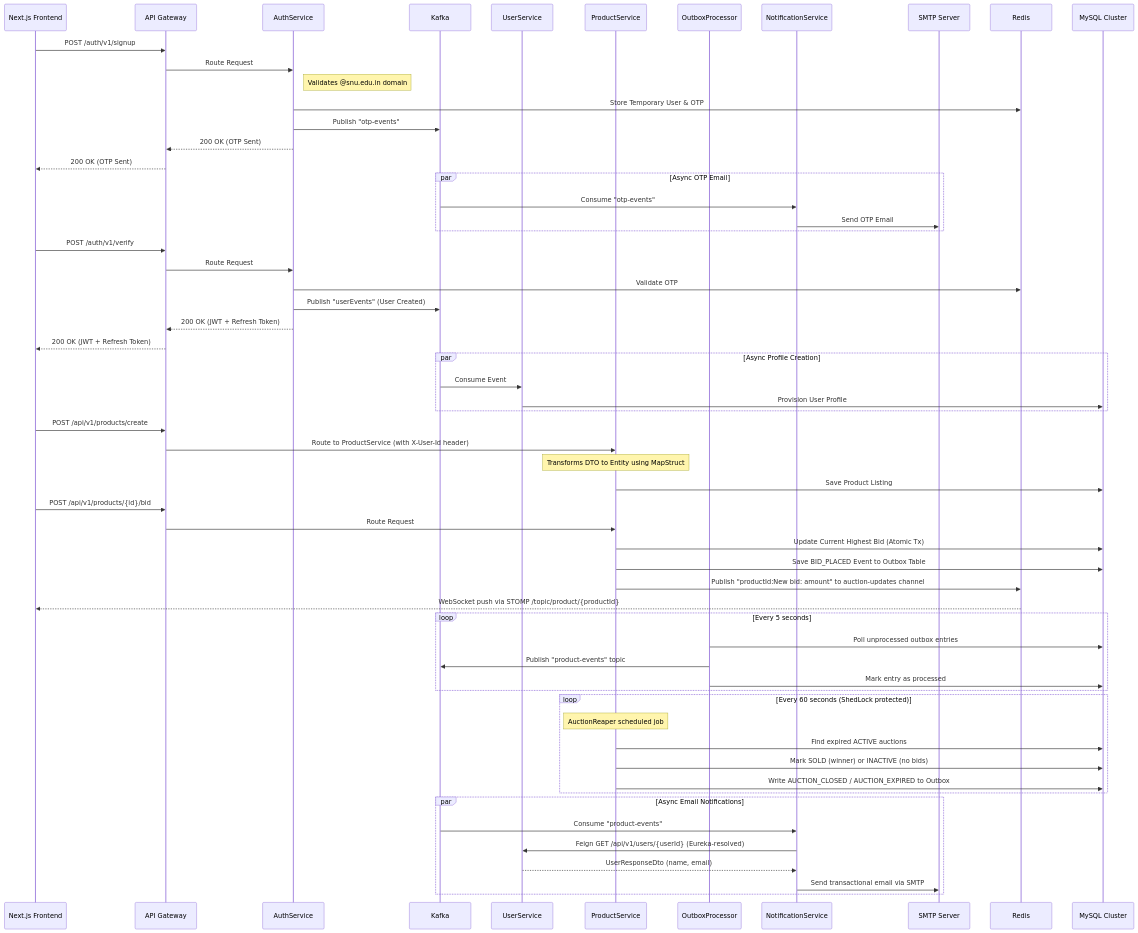
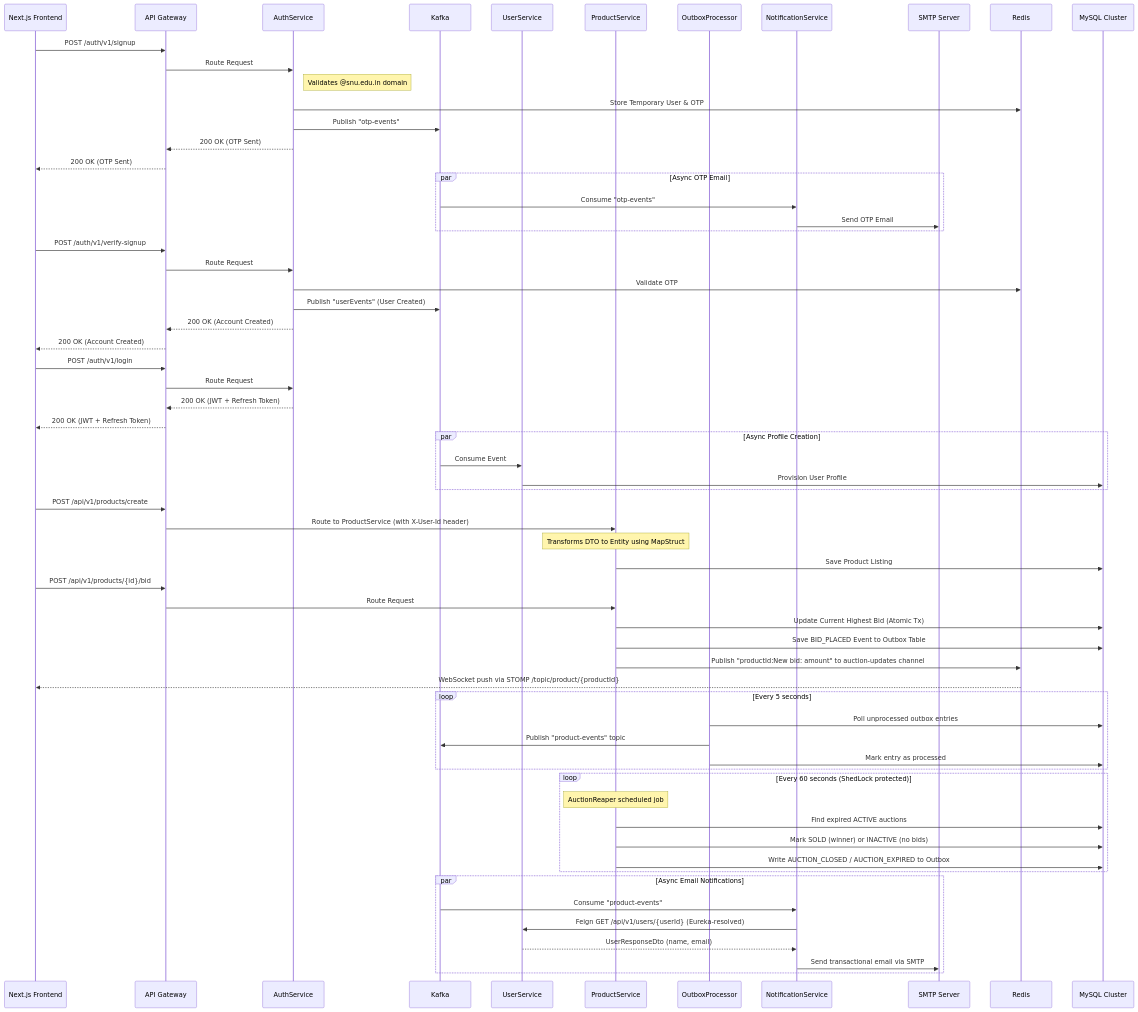
The diagram in README.md (Arnav05-cyber/AuctionU), drawn with Mermaid before and after one commit. The commit also changed other lines of this file and 8 other files, not shown here.

First line of the commit message:
Fix OTP verification flow and stabilize notification startup.

````diff
--- a/README.md
+++ b/README.md
@@ -9,71 +9,76 @@
 ```mermaid
 sequenceDiagram
     participant UI as Next.js Frontend
     participant Gateway as API Gateway
     participant AuthService
     participant Kafka
     participant UserService
     participant ProductService as ProductService
     participant OutboxProcessor
     participant NotificationService
     participant MailServer as SMTP Server
     participant Redis
     participant Database as MySQL Cluster
 
     UI->>Gateway: POST /auth/v1/signup 
     Gateway->>AuthService: Route Request
     Note right of AuthService: Validates @snu.edu.in domain
     AuthService->>Redis: Store Temporary User & OTP
     AuthService->>Kafka: Publish "otp-events"
     AuthService-->>Gateway: 200 OK (OTP Sent)
     Gateway-->>UI: 200 OK (OTP Sent)
 
     par Async OTP Email
         Kafka->>NotificationService: Consume "otp-events"
         NotificationService->>MailServer: Send OTP Email
     end
 
-    UI->>Gateway: POST /auth/v1/verify
+    UI->>Gateway: POST /auth/v1/verify-signup
     Gateway->>AuthService: Route Request
     AuthService->>Redis: Validate OTP
     AuthService->>Kafka: Publish "userEvents" (User Created)
+    AuthService-->>Gateway: 200 OK (Account Created)
+    Gateway-->>UI: 200 OK (Account Created)
+
+    UI->>Gateway: POST /auth/v1/login
+    Gateway->>AuthService: Route Request
     AuthService-->>Gateway: 200 OK (JWT + Refresh Token)
     Gateway-->>UI: 200 OK (JWT + Refresh Token)
 
     par Async Profile Creation
         Kafka->>UserService: Consume Event
         UserService->>Database: Provision User Profile
     end
 
     UI->>Gateway: POST /api/v1/products/create
     Gateway->>ProductService: Route to ProductService (with X-User-Id header)
     Note over ProductService: Transforms DTO to Entity using MapStruct
     ProductService->>Database: Save Product Listing
 
     UI->>Gateway: POST /api/v1/products/{id}/bid
     Gateway->>ProductService: Route Request
     ProductService->>Database: Update Current Highest Bid (Atomic Tx)
     ProductService->>Database: Save BID_PLACED Event to Outbox Table
     ProductService->>Redis: Publish "productId:New bid: amount" to auction-updates channel
     Redis-->>UI: WebSocket push via STOMP /topic/product/{productId}
 
     loop Every 5 seconds
         OutboxProcessor->>Database: Poll unprocessed outbox entries
         OutboxProcessor->>Kafka: Publish "product-events" topic
         OutboxProcessor->>Database: Mark entry as processed
     end
 
     loop Every 60 seconds (ShedLock protected)
         Note over ProductService: AuctionReaper scheduled job
         ProductService->>Database: Find expired ACTIVE auctions
         ProductService->>Database: Mark SOLD (winner) or INACTIVE (no bids)
         ProductService->>Database: Write AUCTION_CLOSED / AUCTION_EXPIRED to Outbox
     end
 
     par Async Email Notifications
         Kafka->>NotificationService: Consume "product-events"
         NotificationService->>UserService: Feign GET /api/v1/users/{userId} (Eureka-resolved)
         UserService-->>NotificationService: UserResponseDto (name, email)
         NotificationService->>MailServer: Send transactional email via SMTP
     end
 ```
````
